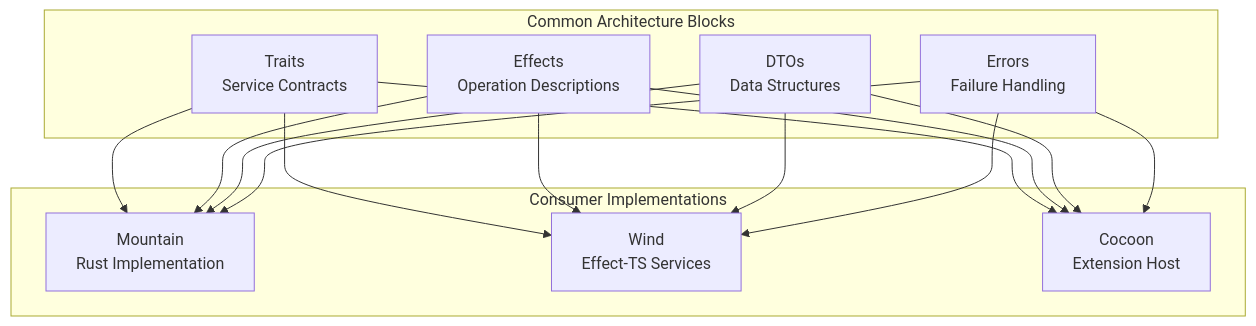
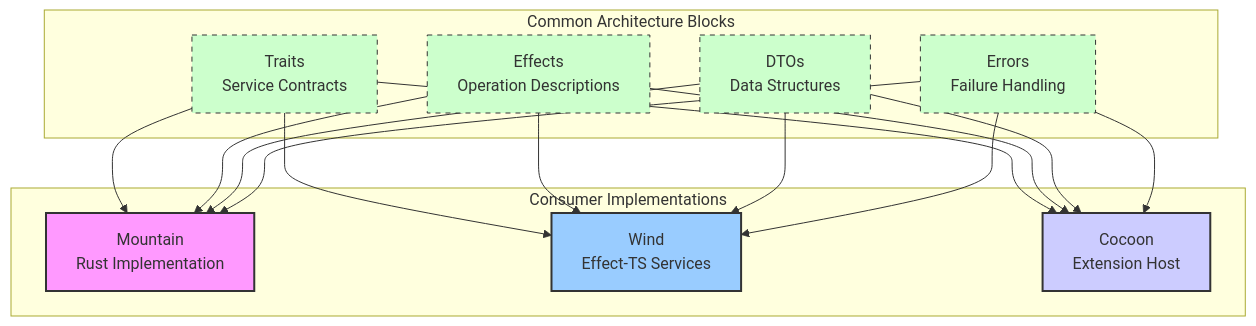
One commit to CodeEditorLand/Common changed the ninth of 9 diagrams in Documentation/GitHub/DeepDive.md. Above: the diagram before and after it, drawn with Mermaid. The commit also changed other lines of this file, not shown here.

````diff
--- a/Documentation/GitHub/DeepDive.md
+++ b/Documentation/GitHub/DeepDive.md
@@ -436,28 +448,37 @@
 ```mermaid
 graph TB
     subgraph "Common Architecture Blocks"
         Traits["Traits<br/>Service Contracts"]
         Effects["Effects<br/>Operation Descriptions"]
         DTOs["DTOs<br/>Data Structures"]
         Errors["Errors<br/>Failure Handling"]
     end
 
     subgraph "Consumer Implementations"
         Mountain["Mountain<br/>Rust Implementation"]
         Wind["Wind<br/>Effect-TS Services"]
         Cocoon["Cocoon<br/>Extension Host"]
     end
 
     Traits --> Mountain
     Traits --> Wind
     Traits --> Cocoon
     Effects --> Mountain
     Effects --> Wind
     Effects --> Cocoon
     DTOs --> Mountain
     DTOs --> Wind
     DTOs --> Cocoon
     Errors --> Mountain
     Errors --> Wind
     Errors --> Cocoon
+
+    classDef mountain fill:#f9f,stroke:#333,stroke-width:2px;
+    classDef cocoon fill:#ccf,stroke:#333,stroke-width:2px;
+    classDef wind fill:#9cf,stroke:#333,stroke-width:2px;
+    classDef common fill:#cfc,stroke:#333,stroke-width:1px,stroke-dasharray: 5 5;
+    class Mountain mountain;
+    class Cocoon cocoon;
+    class Wind wind;
+    class Traits,Effects,DTOs,Errors common;
 ```
````
